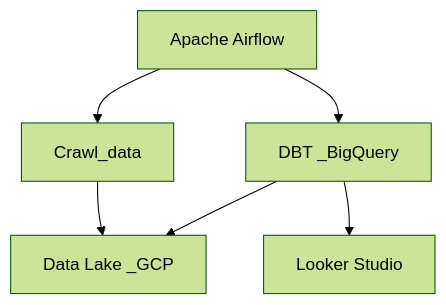
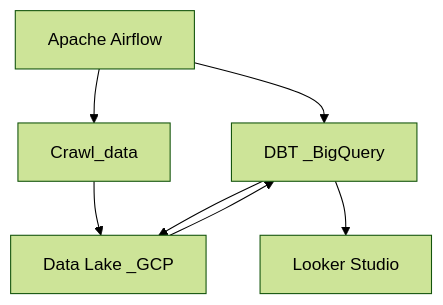
One commit to pKietDE/bds-dbt-bq-looker changed the diagram in README.md. Above: the diagram before and after it, drawn with Mermaid (forest theme).

````diff
--- a/README.md
+++ b/README.md
@@ -73,9 +73,10 @@
 ```mermaid
 graph TD
     A[Apache Airflow] --> C[DBT _BigQuery]
     A --> E[Crawl_data]
     E --> B
     C --> B[Data Lake _GCP]
+    B --> C
     C --> D[Looker Studio]
 
 ```
````
